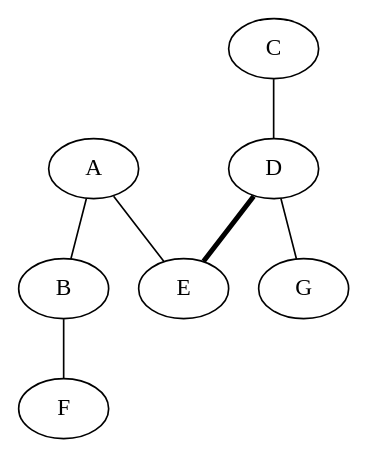
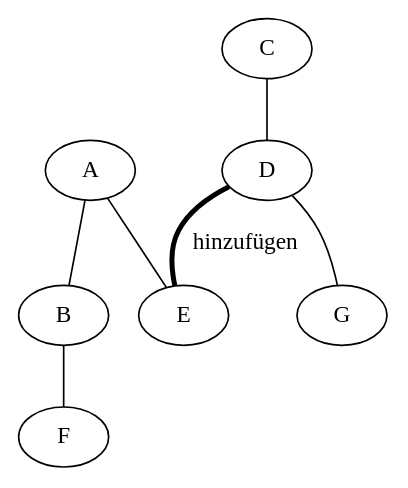
One commit to microtherion/FD1_HS13_U1_GKMN changed the diagram in graph/BaumLochFix.dot. Above: the diagram before and after it, drawn with Graphviz. The commit also changed 2 other files, not shown here.

```diff
--- a/graph/BaumLochFix.dot
+++ b/graph/BaumLochFix.dot
@@ -1,8 +1,8 @@
 graph Baum {
       A -- B
       C -- D
       A -- E
       B -- F
       D -- G
-      D -- E [penwidth=3]
+      D -- E [penwidth=3,label="hinzufügen"]
 }
```
